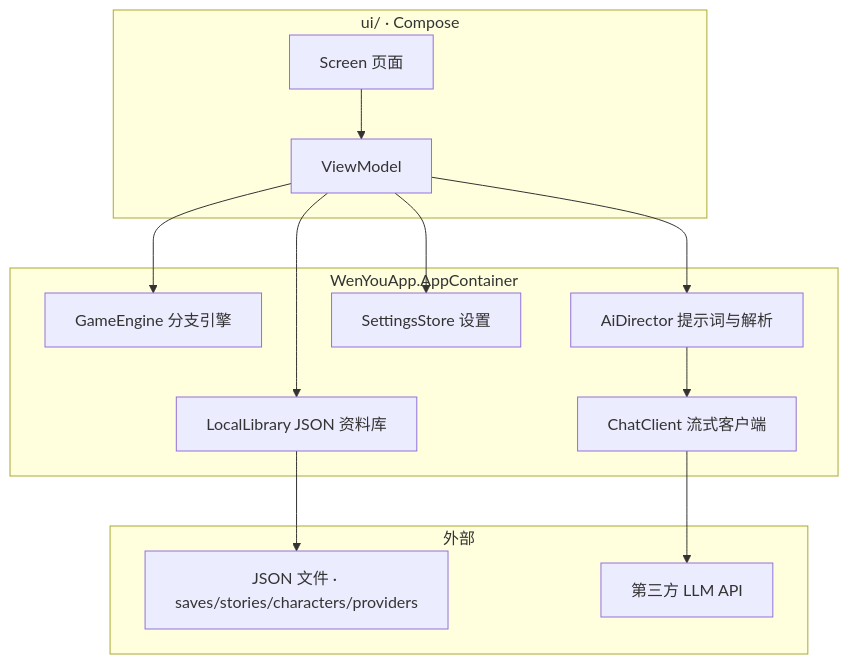
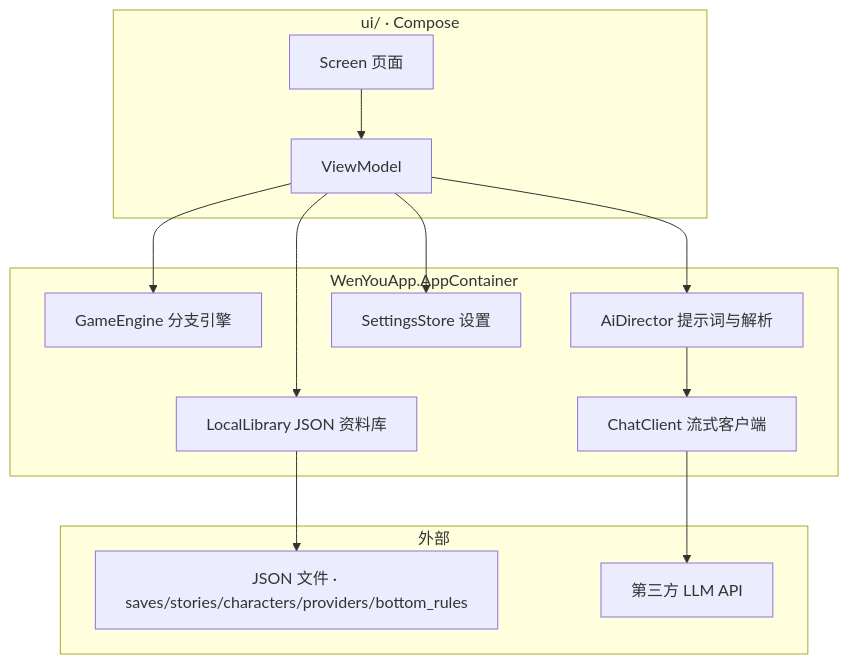
Before and after one commit to wangmikuwang/WenYou-TextQuest: the first of 3 diagrams in README.md, drawn with Mermaid. The commit also changed other lines of this file and 2 other files, not shown here.

Commit message:
docs: 更新README与现状对齐(底层基调/正文清洗/DeepSeek优化/分享导入/bottom_rules/compileSdk35)；fix: removeNode删除条件明确化 (v1.8.1)

````diff
--- a/README.md
+++ b/README.md
@@ -24,29 +27,29 @@
 ```mermaid
 flowchart TB
     subgraph UI["ui/ · Compose"]
         S[Screen 页面]
         VM[ViewModel]
     end
 
     subgraph CORE["WenYouApp.AppContainer"]
         ENG[GameEngine 分支引擎]
         DIR[AiDirector 提示词与解析]
         CL[ChatClient 流式客户端]
         LIB[LocalLibrary JSON 资料库]
         ST[SettingsStore 设置]
     end
 
     subgraph EXT["外部"]
-        F[JSON 文件 · saves/stories/characters/providers]
+        F[JSON 文件 · saves/stories/characters/providers/bottom_rules]
         API[第三方 LLM API]
     end
 
     S --> VM
     VM --> ENG
     VM --> DIR
     VM --> LIB
     VM --> ST
     DIR --> CL
     LIB --> F
     CL --> API
 ```
````
